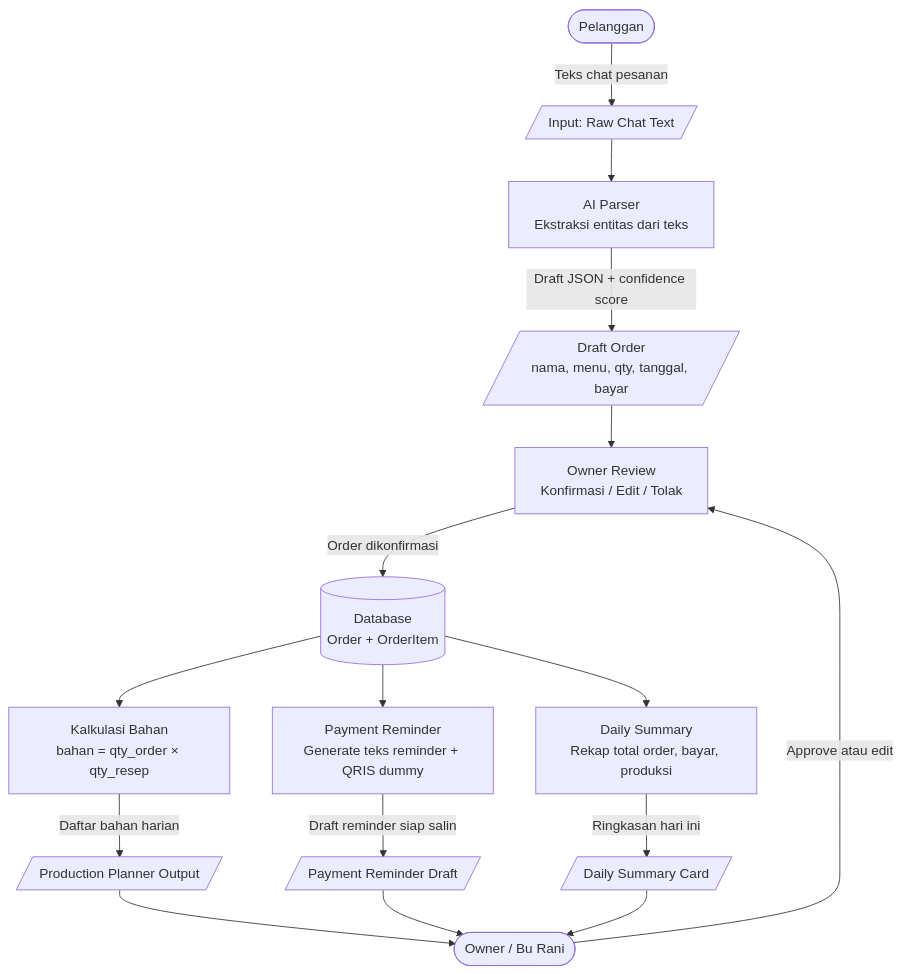
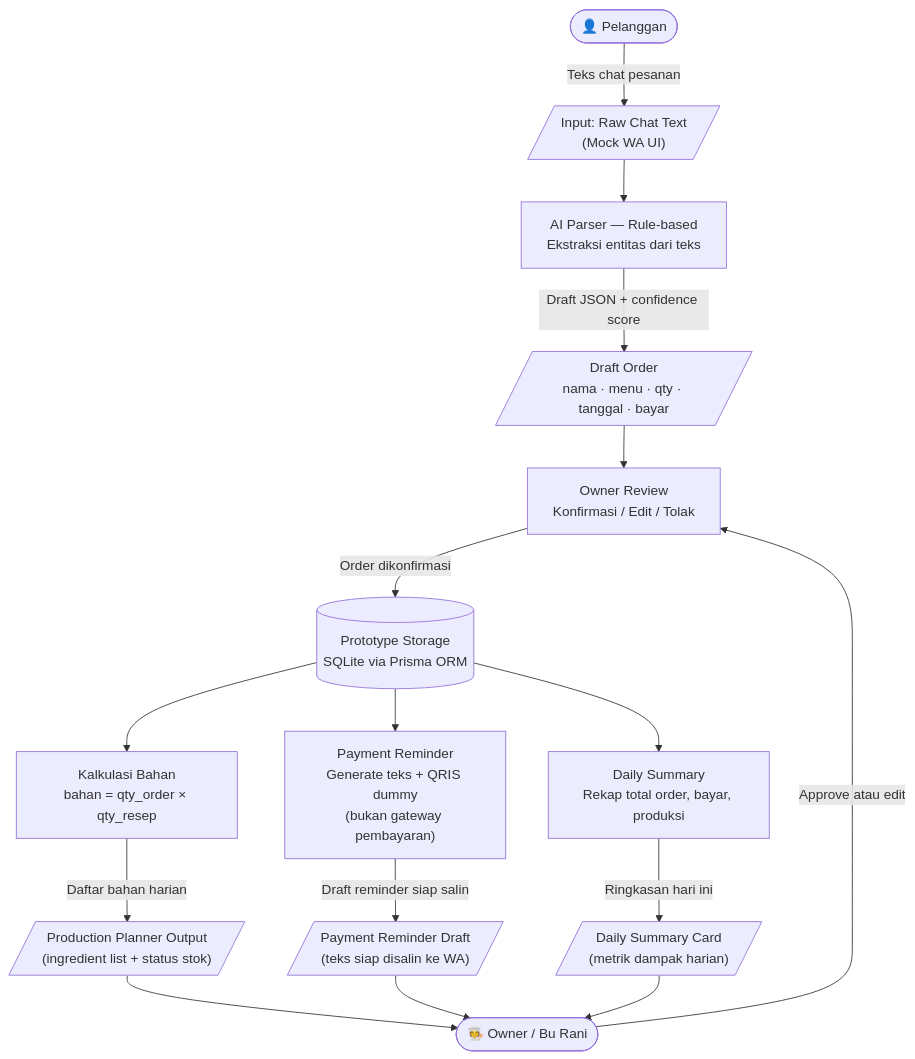
The fifth of 7 diagrams in docs/proposal/11_MERMAID_DIAGRAMS.md (codezeros18/kuali), drawn with Mermaid before and after one commit. The commit also changed other lines of this file and 12 other files, not shown here.

````diff
--- a/docs/proposal/11_MERMAID_DIAGRAMS.md
+++ b/docs/proposal/11_MERMAID_DIAGRAMS.md
@@ -193,44 +215,44 @@
 ```mermaid
 flowchart TD
-    P0(["Pelanggan"])
-    O(["Owner / Bu Rani"])
+    Pelanggan(["👤 Pelanggan"])
+    Owner(["🧑‍🍳 Owner / Bu Rani"])
 
-    P0 -->|"Teks chat pesanan"| D1
+    Pelanggan -->|"Teks chat pesanan"| D1
 
-    D1[/"Input: Raw Chat Text"/]
+    D1[/"Input: Raw Chat Text\n(Mock WA UI)"/]
     D1 --> P1
 
-    P1["AI Parser\nEkstraksi entitas dari teks"]
+    P1["AI Parser — Rule-based\nEkstraksi entitas dari teks"]
     P1 -->|"Draft JSON + confidence score"| D2
 
-    D2[/"Draft Order\nnama, menu, qty, tanggal, bayar"/]
+    D2[/"Draft Order\nnama · menu · qty · tanggal · bayar"/]
     D2 --> P2
 
     P2["Owner Review\nKonfirmasi / Edit / Tolak"]
-    O -->|"Approve atau edit"| P2
+    Owner -->|"Approve atau edit"| P2
 
     P2 -->|"Order dikonfirmasi"| DS1
 
-    DS1[("Database\nOrder + OrderItem")]
+    DS1[("Prototype Storage\nSQLite via Prisma ORM")]
 
     DS1 --> P3
     DS1 --> P4
     DS1 --> P5
 
     P3["Kalkulasi Bahan\nbahan = qty_order × qty_resep"]
     P3 -->|"Daftar bahan harian"| D3
 
-    P4["Payment Reminder\nGenerate teks reminder + QRIS dummy"]
+    P4["Payment Reminder\nGenerate teks + QRIS dummy\n(bukan gateway pembayaran)"]
     P4 -->|"Draft reminder siap salin"| D4
 
     P5["Daily Summary\nRekap total order, bayar, produksi"]
     P5 -->|"Ringkasan hari ini"| D5
 
-    D3[/"Production Planner Output"/]
-    D4[/"Payment Reminder Draft"/]
-    D5[/"Daily Summary Card"/]
+    D3[/"Production Planner Output\n(ingredient list + status stok)"/]
+    D4[/"Payment Reminder Draft\n(teks siap disalin ke WA)"/]
+    D5[/"Daily Summary Card\n(metrik dampak harian)"/]
 
-    D3 --> O
-    D4 --> O
-    D5 --> O
+    D3 --> Owner
+    D4 --> Owner
+    D5 --> Owner
 ```
````
